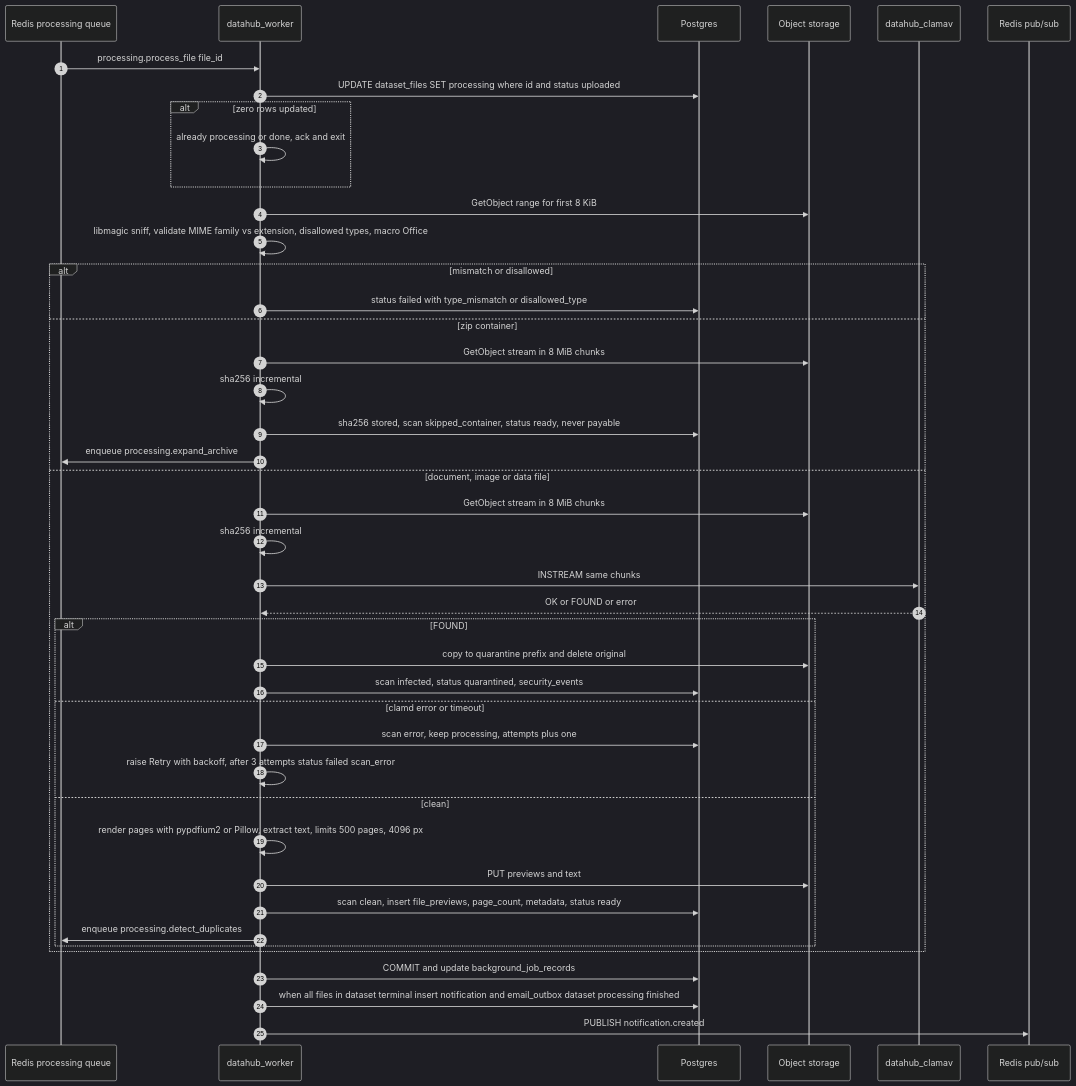
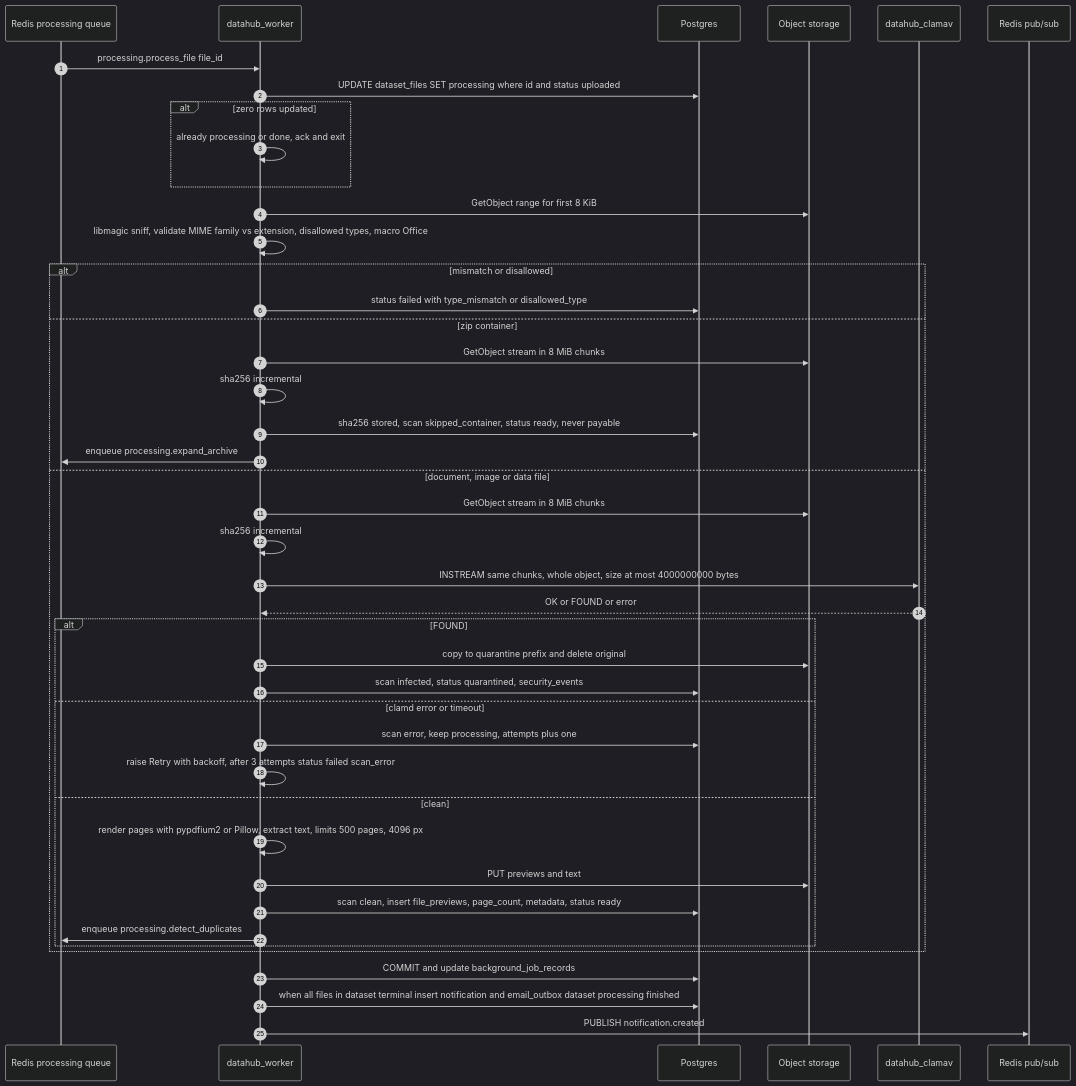
One commit to SORYA-DATAHUB/DataHub changed the third of 8 diagrams in docs/02-system-architecture/SDD.md. Above: the diagram before and after it, drawn with Mermaid (dark theme). The commit also changed other lines of this file and 19 other files, not shown here.

````diff
--- a/docs/02-system-architecture/SDD.md
+++ b/docs/02-system-architecture/SDD.md
@@ -168,45 +168,45 @@
 ```mermaid
 sequenceDiagram
     autonumber
     participant Q as Redis processing queue
     participant W as datahub_worker
     participant DB as Postgres
     participant S3 as Object storage
     participant CL as datahub_clamav
     participant R as Redis pub/sub
     Q->>W: processing.process_file file_id
     W->>DB: UPDATE dataset_files SET processing where id and status uploaded
     alt zero rows updated
         W->>W: already processing or done, ack and exit
     end
     W->>S3: GetObject range for first 8 KiB
     W->>W: libmagic sniff, validate MIME family vs extension, disallowed types, macro Office
     alt mismatch or disallowed
         W->>DB: status failed with type_mismatch or disallowed_type
     else zip container
         W->>S3: GetObject stream in 8 MiB chunks
         W->>W: sha256 incremental
         W->>DB: sha256 stored, scan skipped_container, status ready, never payable
         W->>Q: enqueue processing.expand_archive
     else document, image or data file
         W->>S3: GetObject stream in 8 MiB chunks
         W->>W: sha256 incremental
-        W->>CL: INSTREAM same chunks
+        W->>CL: INSTREAM same chunks, whole object, size at most 4000000000 bytes
         CL-->>W: OK or FOUND or error
         alt FOUND
             W->>S3: copy to quarantine prefix and delete original
             W->>DB: scan infected, status quarantined, security_events
         else clamd error or timeout
             W->>DB: scan error, keep processing, attempts plus one
             W->>W: raise Retry with backoff, after 3 attempts status failed scan_error
         else clean
             W->>W: render pages with pypdfium2 or Pillow, extract text, limits 500 pages, 4096 px
             W->>S3: PUT previews and text
             W->>DB: scan clean, insert file_previews, page_count, metadata, status ready
             W->>Q: enqueue processing.detect_duplicates
         end
     end
     W->>DB: COMMIT and update background_job_records
     W->>DB: when all files in dataset terminal insert notification and email_outbox dataset processing finished
     W->>R: PUBLISH notification.created
 ```
````
